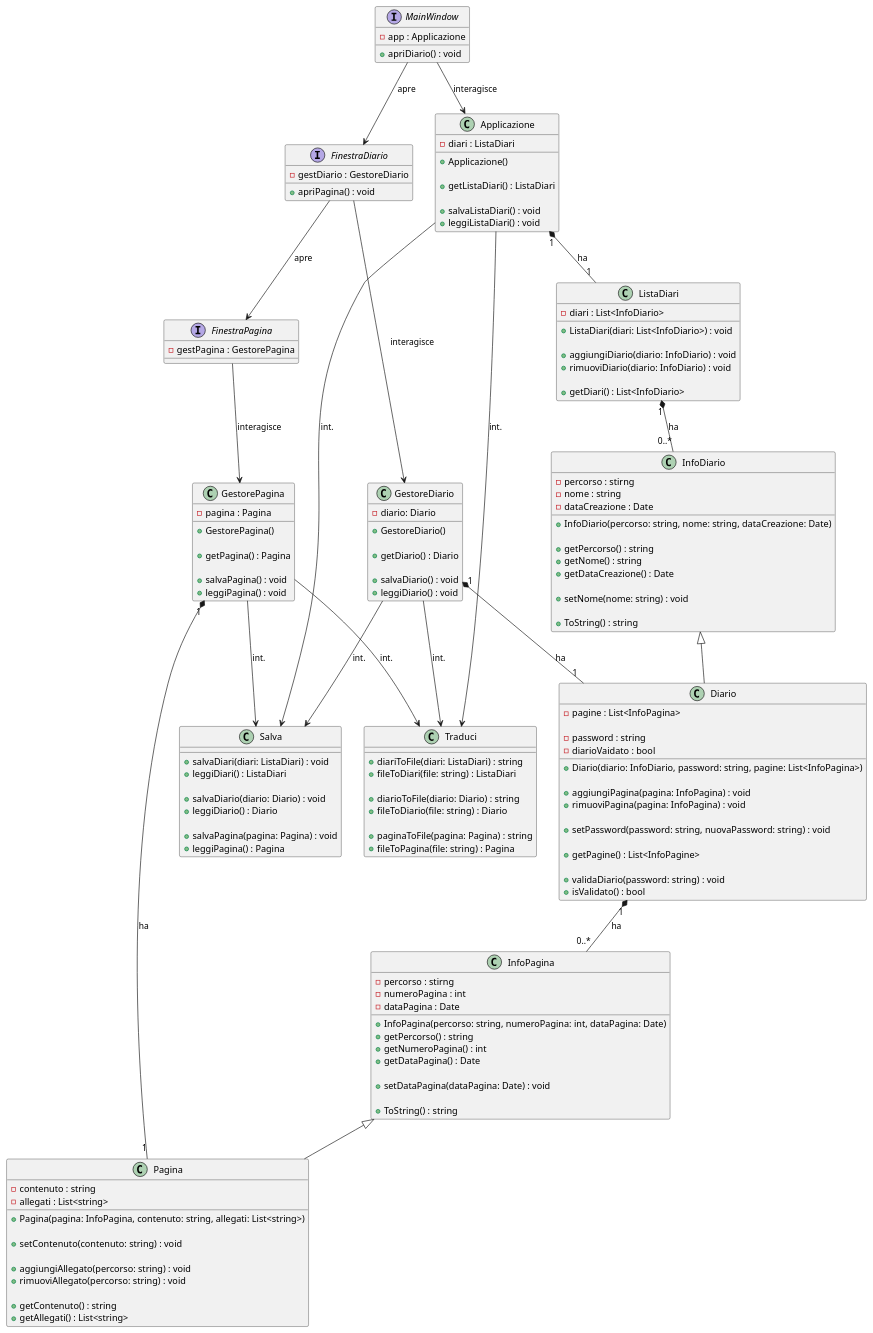
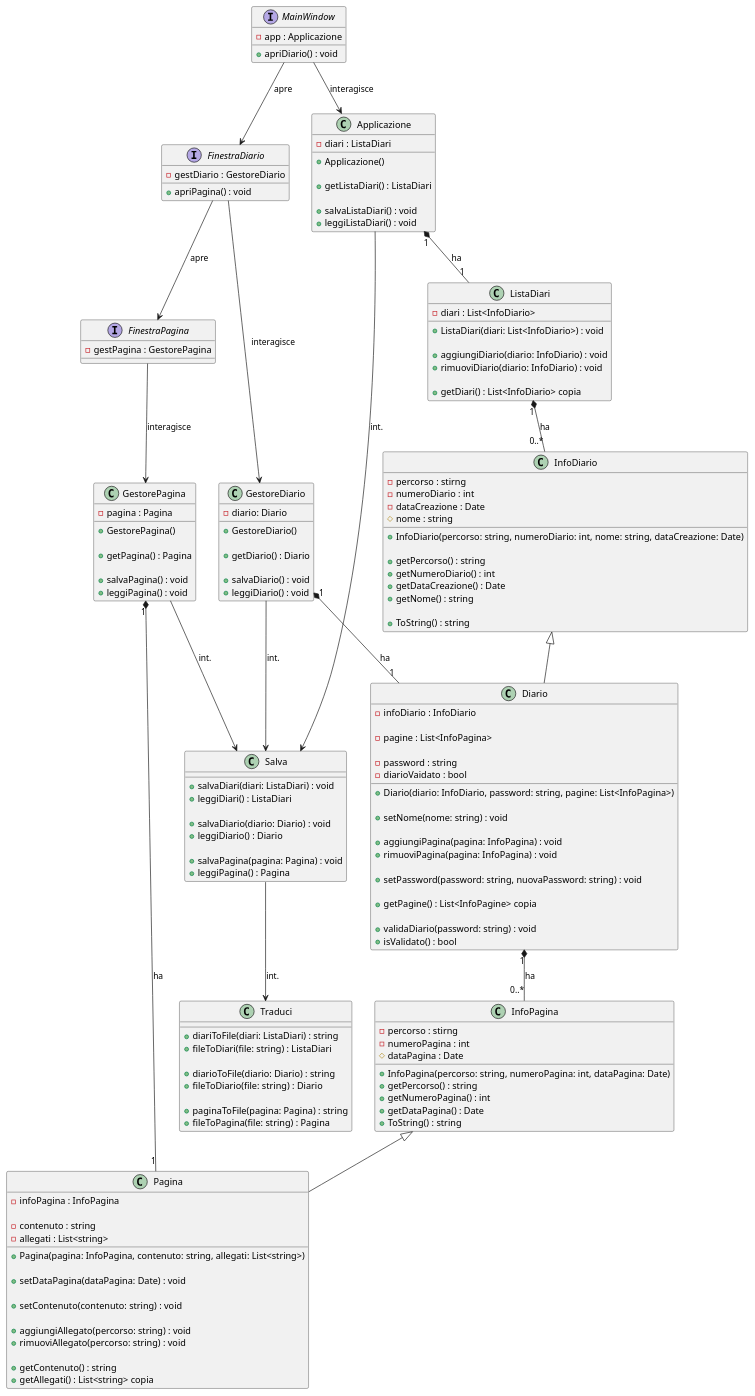
Before and after one commit to Borgo2000/Progetto-diario: the diagram in diagrammi/ClassDiagram.puml, drawn with PlantUML.

Commit message:
Modifiche diagramma classi

```diff
--- a/diagrammi/ClassDiagram.puml
+++ b/diagrammi/ClassDiagram.puml
@@ -69,26 +69,28 @@
     +aggiungiDiario(diario: InfoDiario) : void
     +rimuoviDiario(diario: InfoDiario) : void
 
-    +getDiari() : List<InfoDiario>
+    +getDiari() : List<InfoDiario> copia
 }
 
 class InfoDiario{
     -percorso : stirng
-    -nome : string
+    -numeroDiario : int
     -dataCreazione : Date
+    #nome : string
 
-    +InfoDiario(percorso: string, nome: string, dataCreazione: Date)
+    +InfoDiario(percorso: string, numeroDiario: int, nome: string, dataCreazione: Date)
 
     +getPercorso() : string
+    +getNumeroDiario() : int
+    +getDataCreazione() : Date
     +getNome() : string
-    +getDataCreazione() : Date
-
-    +setNome(nome: string) : void
 
     +ToString() : string
 }
 
 class Diario extends InfoDiario{
+    -infoDiario : InfoDiario
+
     -pagine : List<InfoPagina>
     
     -password : string
@@ -97,13 +99,15 @@
     +Diario(diario: InfoDiario, password: string, pagine: List<InfoPagina>)
 
     'setter
+    +setNome(nome: string) : void
+
     +aggiungiPagina(pagina: InfoPagina) : void
     +rimuoviPagina(pagina: InfoPagina) : void
 
     +setPassword(password: string, nuovaPassword: string) : void
 
     'getter
-    +getPagine() : List<InfoPagine>
+    +getPagine() : List<InfoPagine> copia
 
     'sicurezza
     +validaDiario(password: string) : void
@@ -113,25 +117,28 @@
 class InfoPagina{
     -percorso : stirng
     -numeroPagina : int
-    -dataPagina : Date
+    #dataPagina : Date
 
     +InfoPagina(percorso: string, numeroPagina: int, dataPagina: Date)
     +getPercorso() : string
     +getNumeroPagina() : int
     +getDataPagina() : Date
 
-    +setDataPagina(dataPagina: Date) : void
 
     +ToString() : string
 }
 
 class Pagina extends InfoPagina{
+    -infoPagina : InfoPagina
+
     -contenuto : string
     -allegati : List<string>
 
     +Pagina(pagina: InfoPagina, contenuto: string, allegati: List<string>)
 
     'setter
+    +setDataPagina(dataPagina: Date) : void
+
     +setContenuto(contenuto: string) : void
     
     +aggiungiAllegato(percorso: string) : void
@@ -139,7 +146,7 @@
 
     'getter
     +getContenuto() : string
-    +getAllegati() : List<string>
+    +getAllegati() : List<string> copia
 }
 
 'Traduttori e salvataggio dati
@@ -179,16 +186,13 @@
 GestoreDiario "1" *-- "1" Diario : ha
 GestorePagina "1" *-- "1" Pagina : ha
 
-'Relazioni gestori-traduzione
-Applicazione --> Traduci : int.
-GestoreDiario --> Traduci : int.
-GestorePagina --> Traduci : int.
-
 'Relazioni gestori-salvataggio
 Applicazione --> Salva : int.
 GestoreDiario --> Salva : int.
 GestorePagina --> Salva : int.
 
+'Relazione salvataggio-traduzione
+Salva --> Traduci : int.
 
 'Relazioni strutture dati
 ListaDiari "1" *-- "0..*" InfoDiario : ha
```
